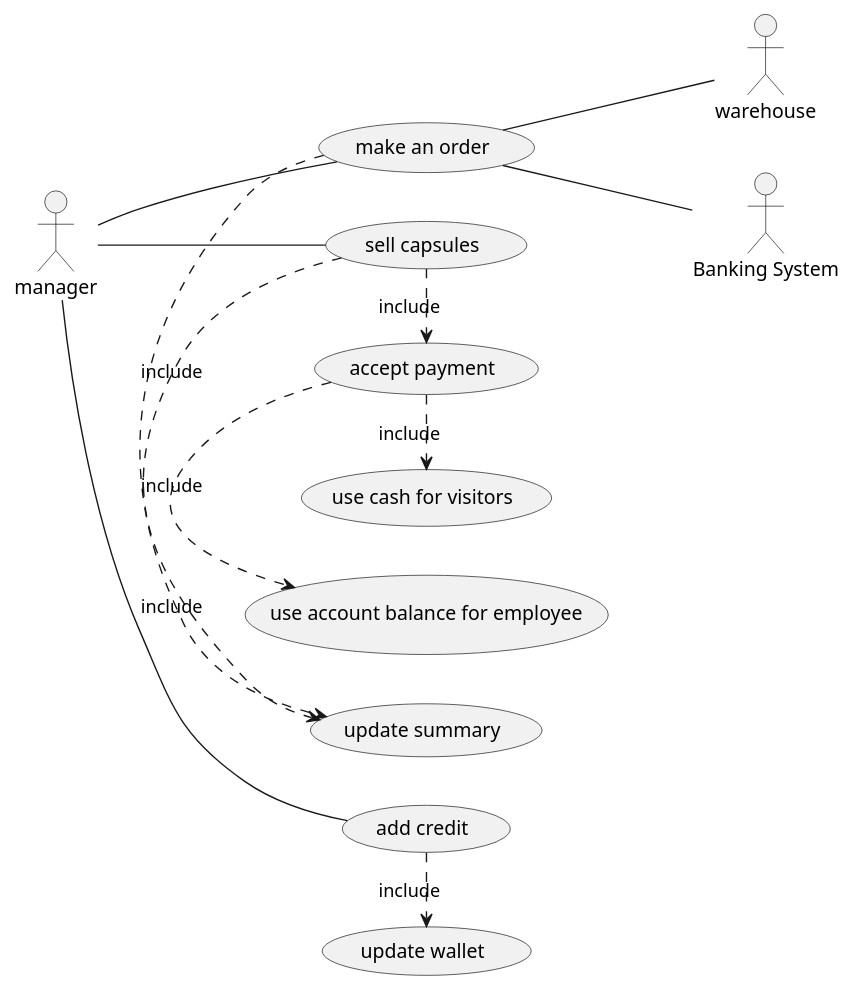
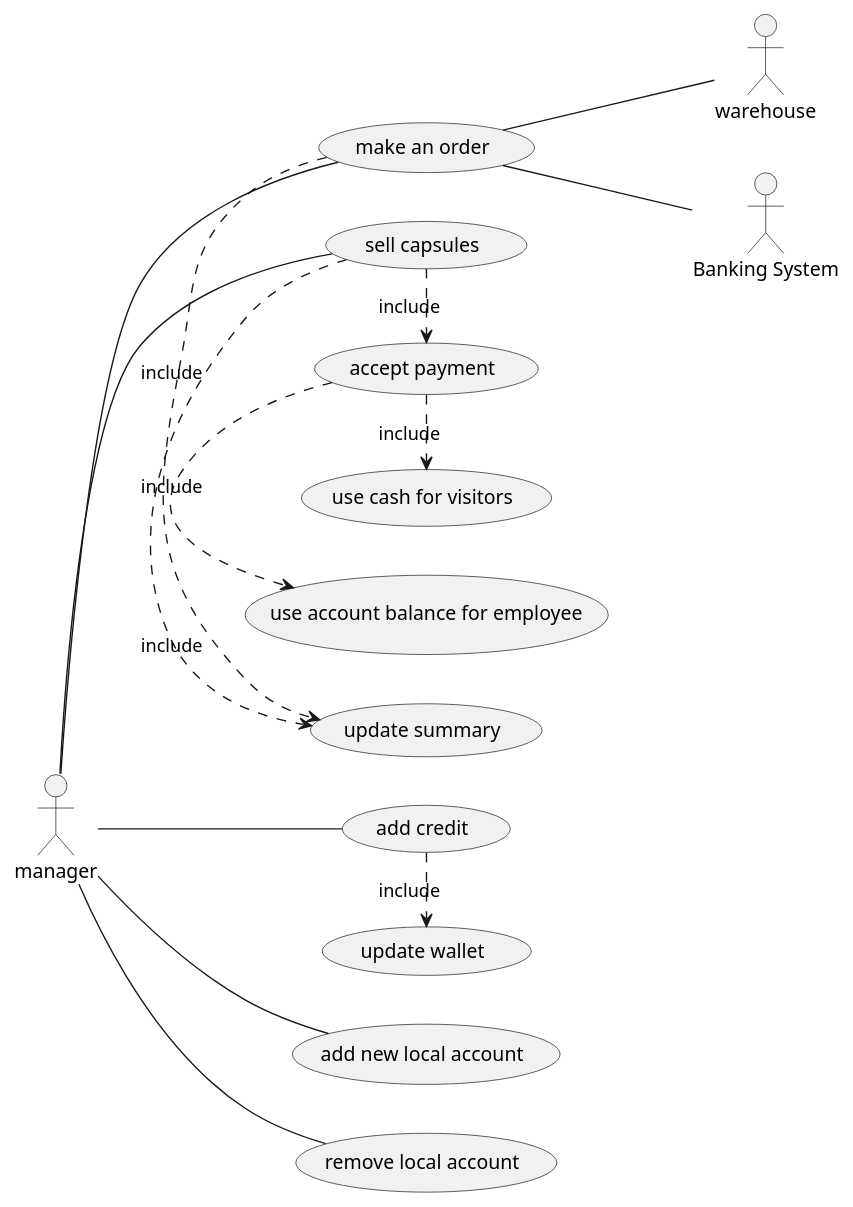
One commit to DarkSee/LaTazza changed the second of 4 diagrams in templates/RequirementsTemplate.md. Above: the diagram before and after it, drawn with PlantUML. The commit also changed other lines of this file, not shown here.

Commit message:
added UC5 and UC diagram updated

````diff
--- a/templates/RequirementsTemplate.md
+++ b/templates/RequirementsTemplate.md
@@ -156,22 +156,24 @@
 ```plantuml
 left to right direction
 skinparam packageStyle rectangular
 
 actor warehouse as w
 actor manager as m
 actor "Banking System" as bs
 
 m -- (sell capsules)
 m -- (make an order)
 m -- (add credit)
+m -- (add new local account)
+m -- (remove local account)
 (make an order) -- bs
 (make an order) -- w
 (make an order) .> (update summary) : include
 
 (sell capsules) .> (accept payment): include
 (accept payment) .> (use account balance for employee): include
 (accept payment) .> (use cash for visitors) : include
 (sell capsules) .> (update summary) : include
 (add credit) .> (update wallet) : include
 
 ```
````
